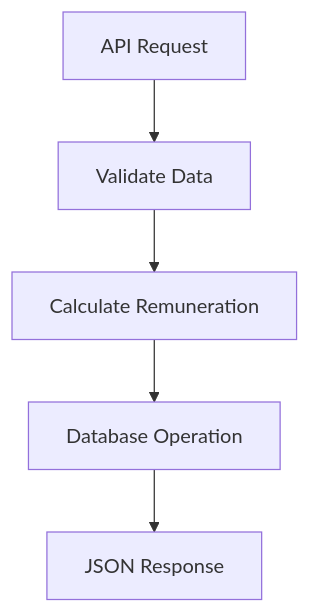
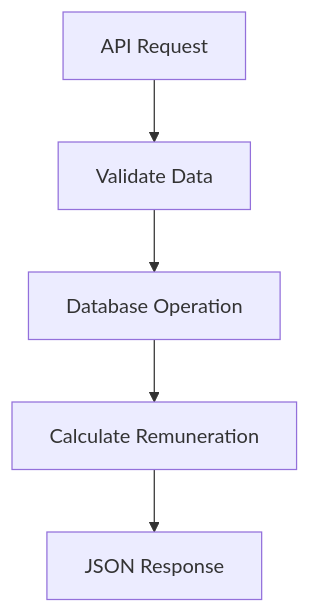
The diagram in README.md (buddyshelby/Employee-Task---Remuneration-Tracker), drawn with Mermaid before and after one commit. The commit also changed other lines of this file and 8 other files, not shown here.

````diff
--- a/README.md
+++ b/README.md
@@ -32,7 +30,7 @@
 ```mermaid
 graph TD
     A[API Request] --> B[Validate Data]
-    B --> C[Calculate Remuneration]
-    C --> D[Database Operation]
-    D --> E[JSON Response]
+    B --> D[Database Operation]
+    C --> E[JSON Response]
+    D --> C[Calculate Remuneration]
 ```
````
